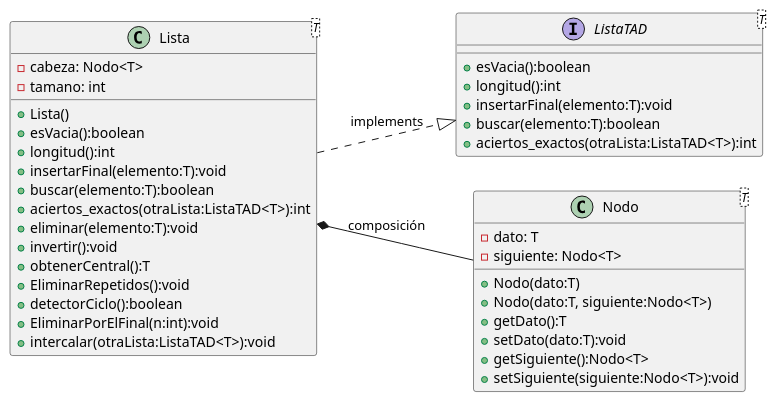
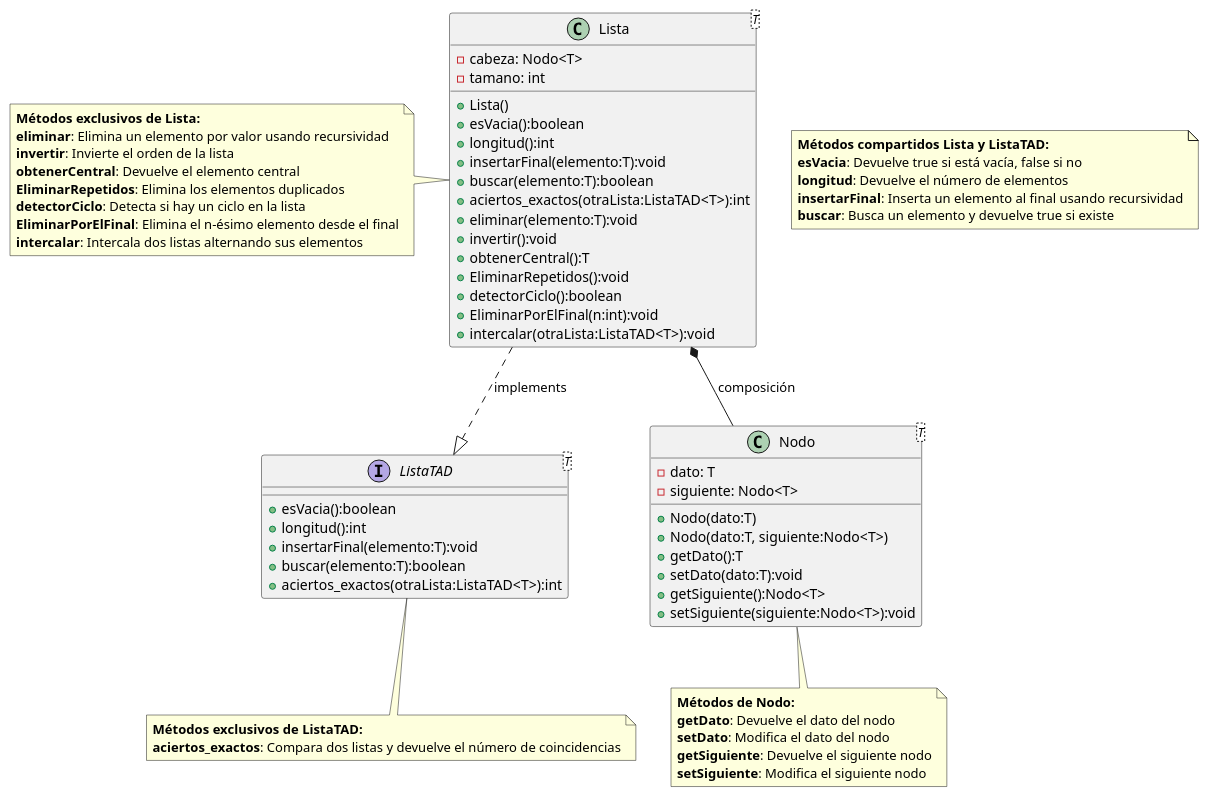
One commit to hugob-gl07/Estructura-Datos-Equipo changed the diagram in src/EstructurasdeDatos/LSE/Listarrays/Diagrama LIstarrays.puml. Above: the diagram before and after it, drawn with PlantUML. The commit also changed 12 other files, not shown here.

Commit message:
Cambios en los diagrama ULM

```diff
--- a/src/EstructurasdeDatos/LSE/Listarrays/Diagrama LIstarrays.puml
+++ b/src/EstructurasdeDatos/LSE/Listarrays/Diagrama LIstarrays.puml
@@ -1,43 +1,70 @@
 @startuml
-
-left to right direction
-
 interface ListaTAD<T> {
     + esVacia():boolean
     + longitud():int
     + insertarFinal(elemento:T):void
     + buscar(elemento:T):boolean
     + aciertos_exactos(otraLista:ListaTAD<T>):int
 }
-
 class Nodo<T> {
     - dato: T
     - siguiente: Nodo<T>
     + Nodo(dato:T)
     + Nodo(dato:T, siguiente:Nodo<T>)
     + getDato():T
     + setDato(dato:T):void
     + getSiguiente():Nodo<T>
     + setSiguiente(siguiente:Nodo<T>):void
 }
-
 class Lista<T> {
     - cabeza: Nodo<T>
     - tamano: int
     + Lista()
     + esVacia():boolean
     + longitud():int
     + insertarFinal(elemento:T):void
     + buscar(elemento:T):boolean
     + aciertos_exactos(otraLista:ListaTAD<T>):int
     + eliminar(elemento:T):void
     + invertir():void
     + obtenerCentral():T
     + EliminarRepetidos():void
     + detectorCiclo():boolean
     + EliminarPorElFinal(n:int):void
     + intercalar(otraLista:ListaTAD<T>):void
 }
 Lista ..|> ListaTAD : implements
 Lista *-- Nodo : composición
+
+note left of Lista
+**Métodos exclusivos de Lista:**
+**eliminar**: Elimina un elemento por valor usando recursividad
+**invertir**: Invierte el orden de la lista
+**obtenerCentral**: Devuelve el elemento central
+**EliminarRepetidos**: Elimina los elementos duplicados
+**detectorCiclo**: Detecta si hay un ciclo en la lista
+**EliminarPorElFinal**: Elimina el n-ésimo elemento desde el final
+**intercalar**: Intercala dos listas alternando sus elementos
+end note
+
+note bottom of ListaTAD
+**Métodos exclusivos de ListaTAD:**
+**aciertos_exactos**: Compara dos listas y devuelve el número de coincidencias
+end note
+
+note bottom of Nodo
+**Métodos de Nodo:**
+**getDato**: Devuelve el dato del nodo
+**setDato**: Modifica el dato del nodo
+**getSiguiente**: Devuelve el siguiente nodo
+**setSiguiente**: Modifica el siguiente nodo
+end note
+
+note as N4
+**Métodos compartidos Lista y ListaTAD:**
+**esVacia**: Devuelve true si está vacía, false si no
+**longitud**: Devuelve el número de elementos
+**insertarFinal**: Inserta un elemento al final usando recursividad
+**buscar**: Busca un elemento y devuelve true si existe
+end note
 @enduml
```
